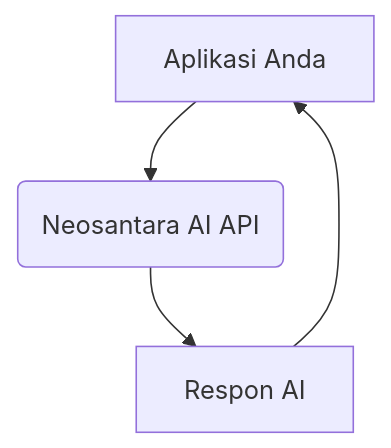
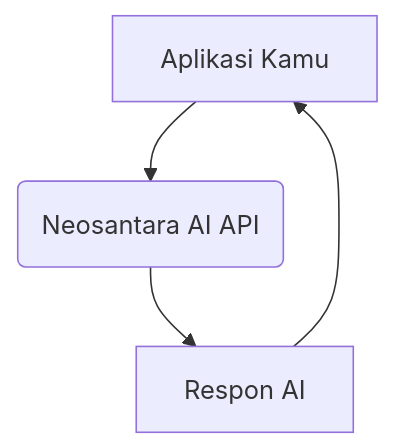
The diagram in id/about.mdx (ErRickow/docs), drawn with Mermaid before and after one commit. The commit also changed other lines of this file and 210 other files, not shown here.

````diff
--- a/id/about.mdx
+++ b/id/about.mdx
@@ -40,6 +40,6 @@
 ```mermaid
 graph TD
-   A[Aplikasi Anda] --> B(Neosantara AI API);
+   A[Aplikasi Kamu] --> B(Neosantara AI API);
    B --> C[Respon AI];
    C --> A;
 ```
````
